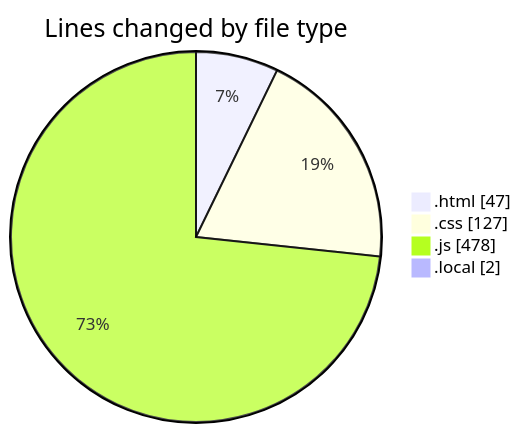
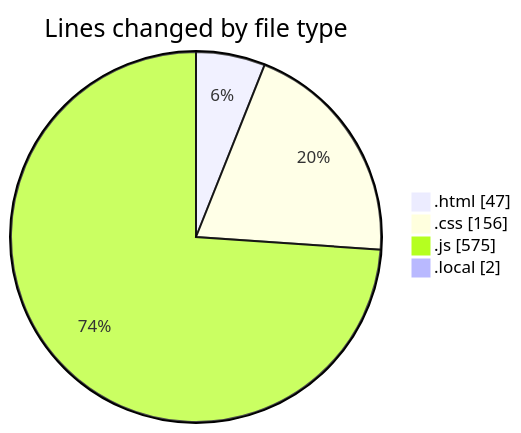
One commit to Ritupan-Deka/code-tracking changed the first of 2 diagrams in 2025-05-03/projects/README.md. Above: the diagram before and after it, drawn with Mermaid. The commit also changed other lines of this file and 1 other file, not shown here.

````diff
--- a/2025-05-03/projects/README.md
+++ b/2025-05-03/projects/README.md
@@ -27,8 +30,8 @@
 ```mermaid
 pie showData
 title Lines changed by file type
 ".html" : 47
-".css" : 127
-".js" : 478
+".css" : 156
+".js" : 575
 ".local" : 2
 ```
````
